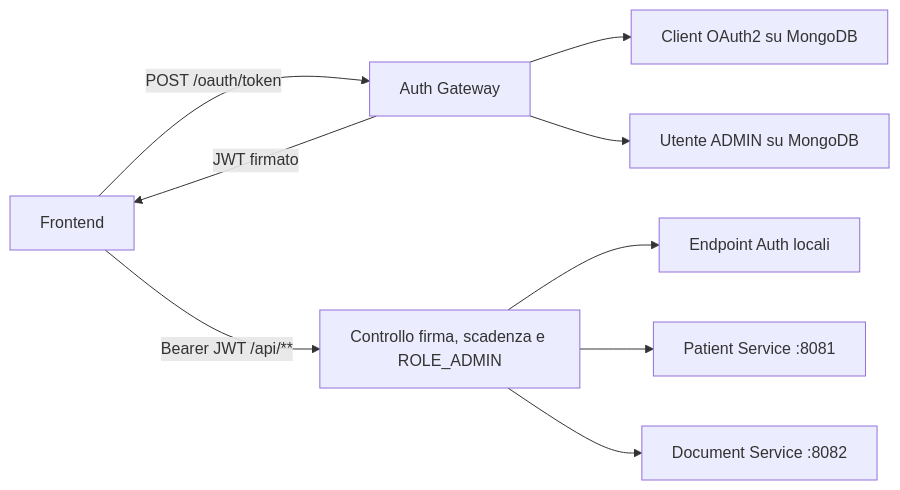
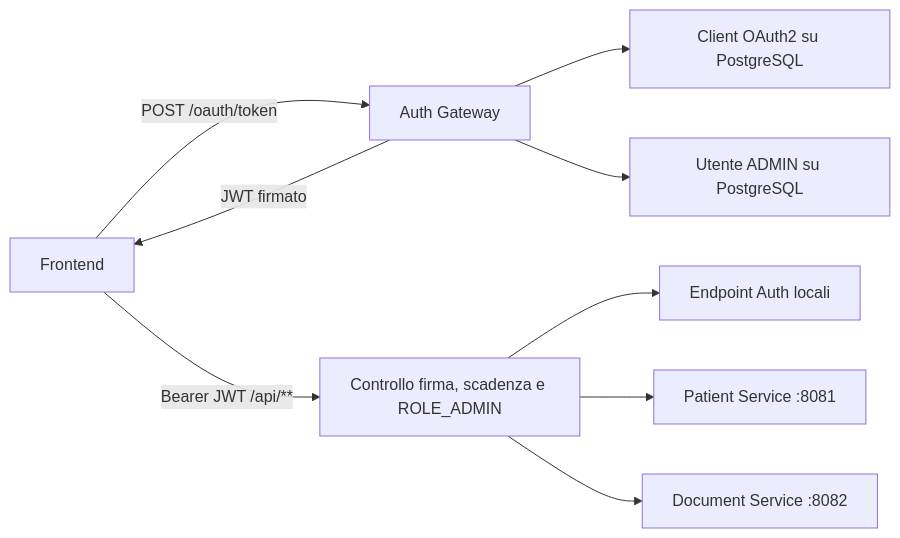
Before and after one commit to loredianto/documed: the diagram in BackEnd/documed-auth-gateway/flusso-auth.md, drawn with Mermaid. The commit also changed 32 other files, not shown here.

Commit message:
move autentication database from mongo to postgreeSQL

````diff
--- a/BackEnd/documed-auth-gateway/flusso-auth.md
+++ b/BackEnd/documed-auth-gateway/flusso-auth.md
@@ -1,11 +1,11 @@
 ```mermaid
 flowchart LR
     A["Frontend"] -->|"POST /oauth/token"| B["Auth Gateway"]
-    B --> C["Client OAuth2 su MongoDB"]
-    B --> D["Utente ADMIN su MongoDB"]
+    B --> C["Client OAuth2 su PostgreSQL"]
+    B --> D["Utente ADMIN su PostgreSQL"]
     B -->|"JWT firmato"| A
     A -->|"Bearer JWT /api/**"| E["Controllo firma, scadenza e ROLE_ADMIN"]
     E --> F["Endpoint Auth locali"]
     E --> G["Patient Service :8081"]
     E --> H["Document Service :8082"]
 ```
````
